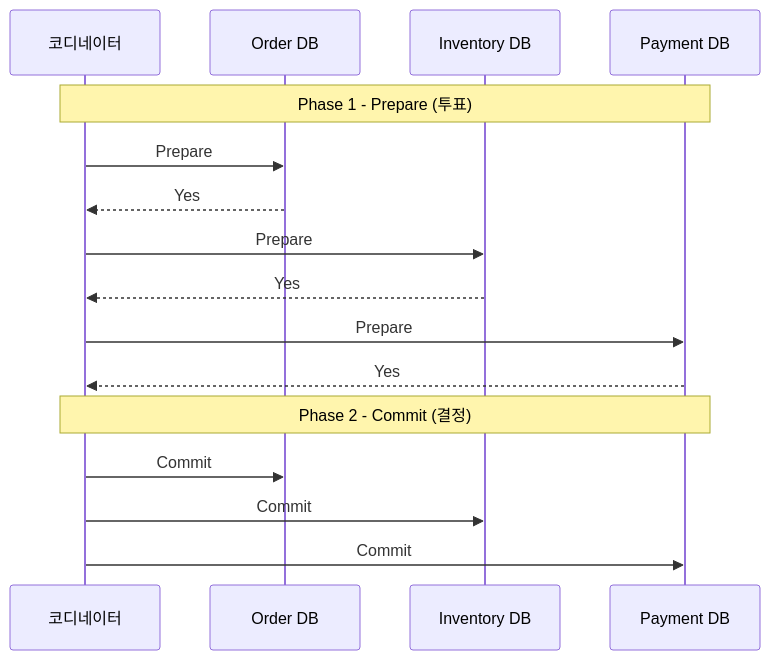
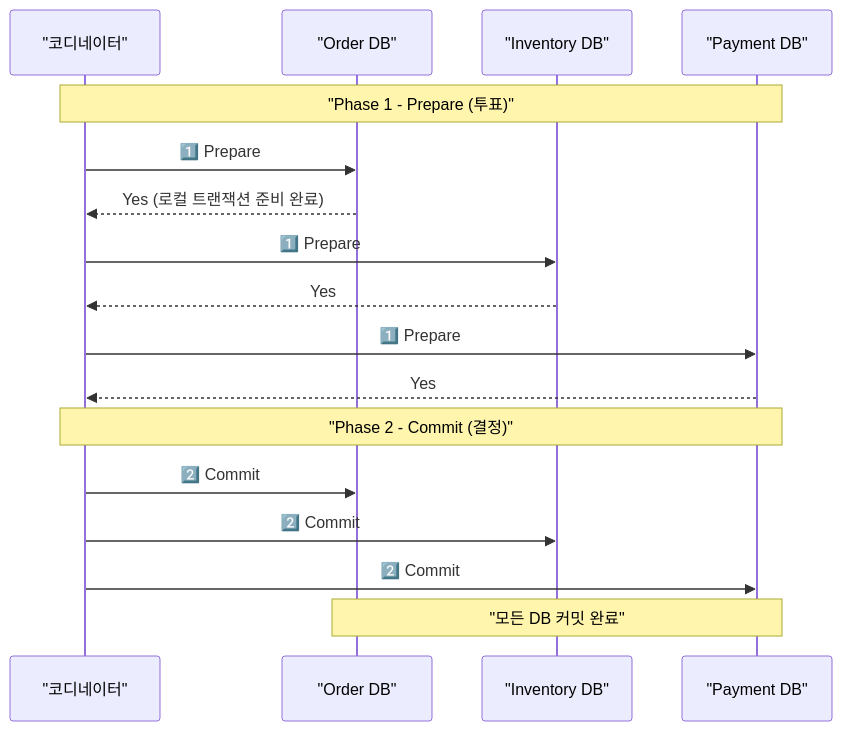
The second of 8 diagrams in _posts/spring/2026-05-01-distributed-transaction.md (yjkim2015/yjkim2015.github.io), drawn with Mermaid before and after one commit. The commit also changed other lines of this file and 34 other files, not shown here.

First line of the commit message:
Full quality pass: 41 files — ASCII removed, 동작원리 보강, diagrams

```diff
--- a/_posts/spring/2026-05-01-distributed-transaction.md
+++ b/_posts/spring/2026-05-01-distributed-transaction.md
@@ -65,20 +52,21 @@
 <div class="mermaid">
 sequenceDiagram
-    participant CO as 코디네이터
-    participant ODB as Order DB
-    participant IDB as Inventory DB
-    participant PDB as Payment DB
+    participant CO as "코디네이터"
+    participant ODB as "Order DB"
+    participant IDB as "Inventory DB"
+    participant PDB as "Payment DB"
 
-    Note over CO,PDB: Phase 1 - Prepare (투표)
-    CO->>ODB: Prepare
-    ODB-->>CO: Yes
-    CO->>IDB: Prepare
+    Note over CO,PDB: "Phase 1 - Prepare (투표)"
+    CO->>ODB: 1️⃣ Prepare
+    ODB-->>CO: Yes (로컬 트랜잭션 준비 완료)
+    CO->>IDB: 1️⃣ Prepare
     IDB-->>CO: Yes
-    CO->>PDB: Prepare
+    CO->>PDB: 1️⃣ Prepare
     PDB-->>CO: Yes
 
-    Note over CO,PDB: Phase 2 - Commit (결정)
-    CO->>ODB: Commit
-    CO->>IDB: Commit
-    CO->>PDB: Commit
+    Note over CO,PDB: "Phase 2 - Commit (결정)"
+    CO->>ODB: 2️⃣ Commit
+    CO->>IDB: 2️⃣ Commit
+    CO->>PDB: 2️⃣ Commit
+    Note over ODB,PDB: "모든 DB 커밋 완료"
 </div>
```
